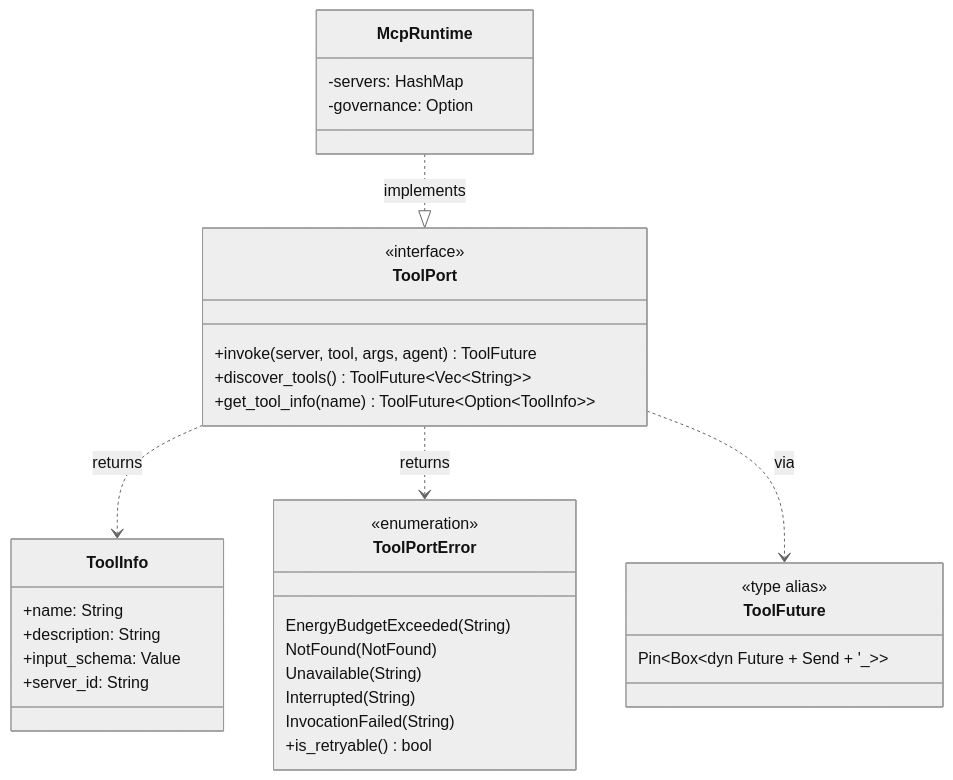
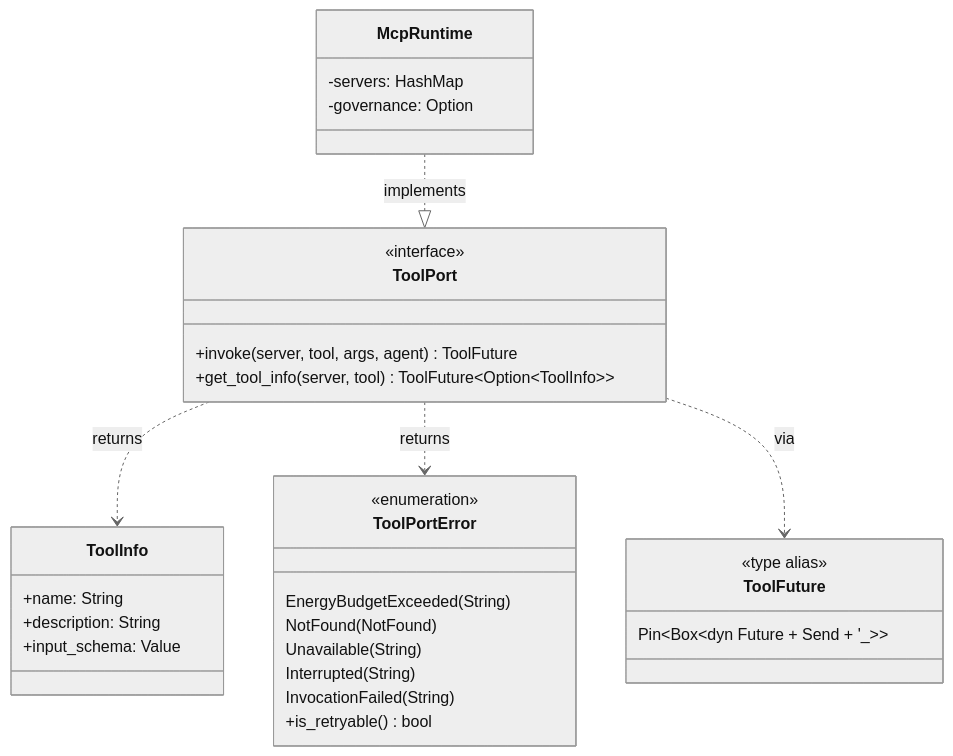
One commit to mdz-axo/zed-kask changed the first of 2 diagrams in kask/docs/diataxis/hkask-tool-port/reference.md. Above: the diagram before and after it, drawn with Mermaid (neutral theme). The commit also changed other lines of this file and 3 other files, not shown here.

Commit message:
Update tool-port docs for server-scoped metadata

````diff
--- a/kask/docs/diataxis/hkask-tool-port/reference.md
+++ b/kask/docs/diataxis/hkask-tool-port/reference.md
@@ -47,37 +47,35 @@
 ```mermaid
 classDiagram
     class ToolPort {
         <<interface>>
         +invoke(server, tool, args, agent) ToolFuture
-        +discover_tools() ToolFuture~Vec~String~~
-        +get_tool_info(name) ToolFuture~Option~ToolInfo~~
+        +get_tool_info(server, tool) ToolFuture~Option~ToolInfo~~
     }
     class ToolInfo {
         +name: String
         +description: String
         +input_schema: Value
-        +server_id: String
     }
     class ToolPortError {
         <<enumeration>>
         EnergyBudgetExceeded(String)
         NotFound(NotFound)
         Unavailable(String)
         Interrupted(String)
         InvocationFailed(String)
         +is_retryable() bool
     }
     class ToolFuture {
         <<type alias>>
         Pin~Box~dyn Future + Send + '_~~
     }
     class McpRuntime {
         -servers: HashMap
         -governance: Option
     }
 
     ToolPort ..> ToolInfo : returns
     ToolPort ..> ToolPortError : returns
     ToolPort ..> ToolFuture : via
     McpRuntime ..|> ToolPort : implements
 ```
````
